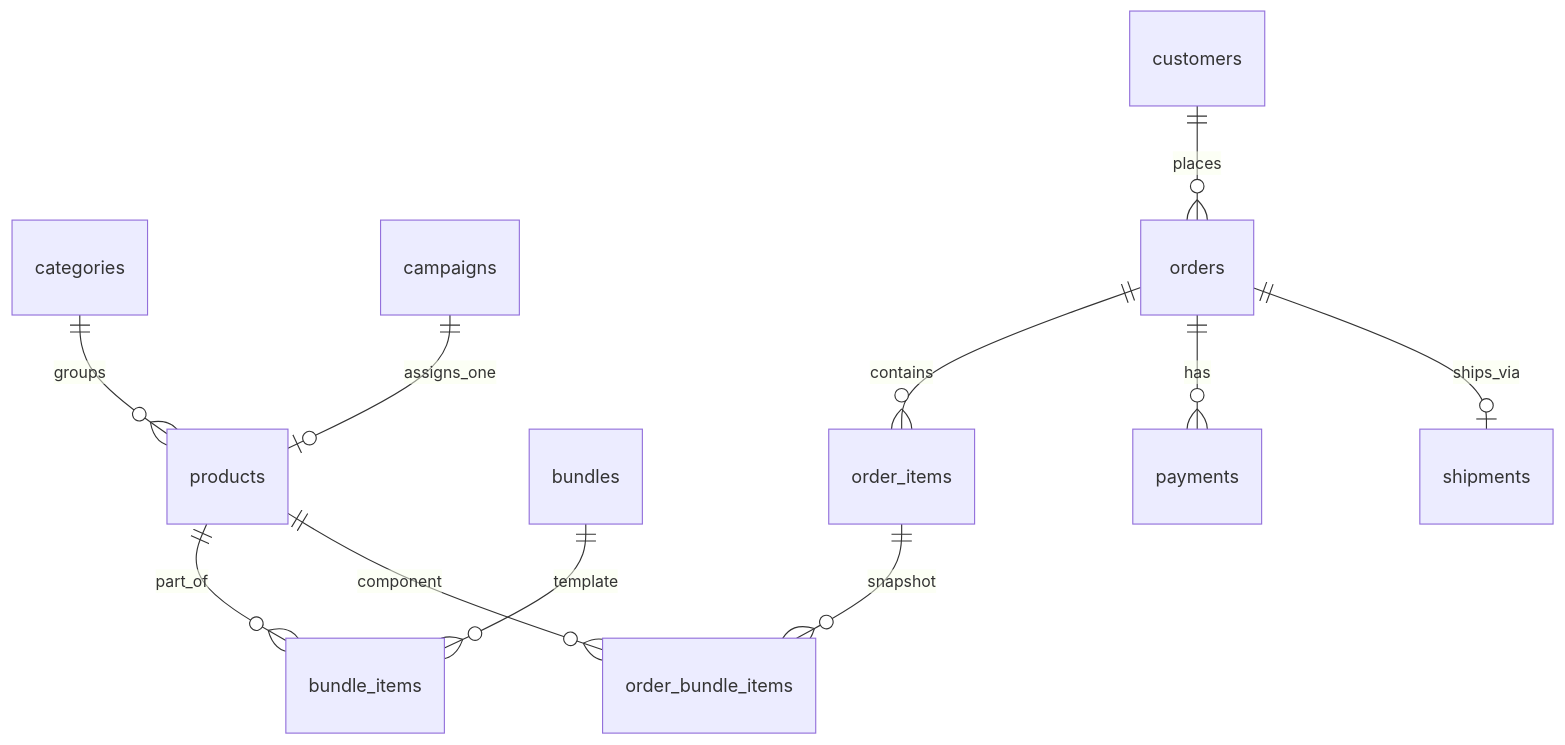
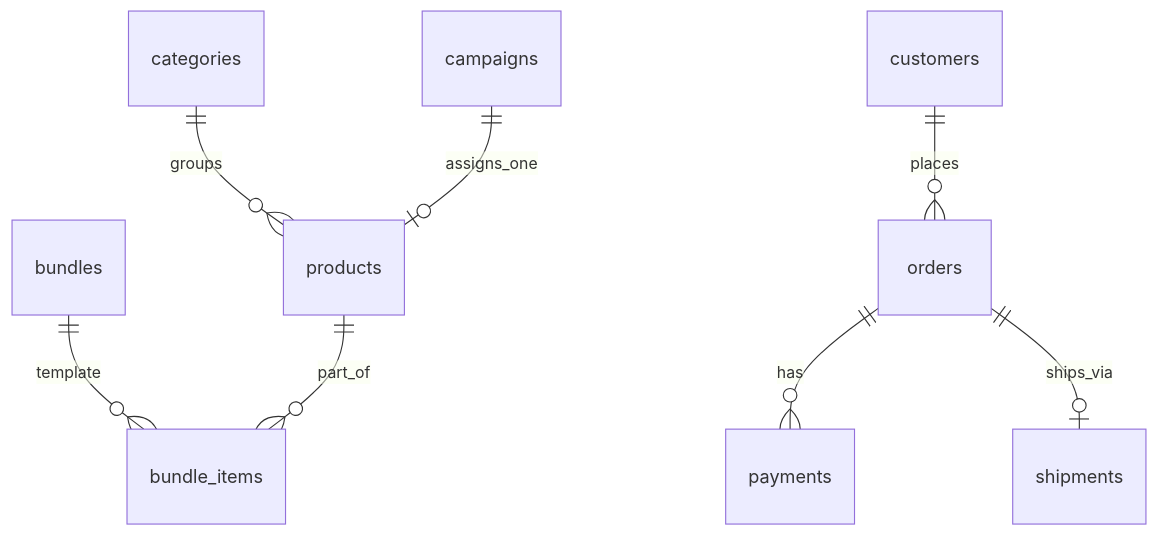
Before and after one commit to Emilio0308/de-tin-marin: the diagram in docs/database.md, drawn with Mermaid. The commit also changed other lines of this file and 63 other files, not shown here.

````diff
--- a/docs/database.md
+++ b/docs/database.md
@@ -213,13 +197,10 @@
 ```mermaid
 erDiagram
   categories ||--o{ products : groups
   campaigns ||--o| products : assigns_one
   bundles ||--o{ bundle_items : template
   products ||--o{ bundle_items : part_of
   customers ||--o{ orders : places
-  orders ||--o{ order_items : contains
-  order_items ||--o{ order_bundle_items : snapshot
-  products ||--o{ order_bundle_items : component
   orders ||--o{ payments : has
   orders ||--o| shipments : ships_via
 ```
````
